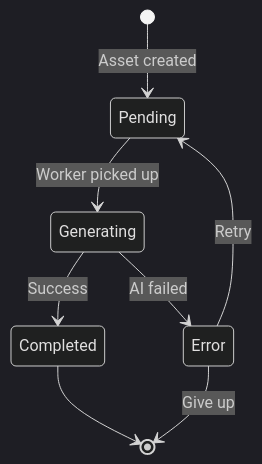
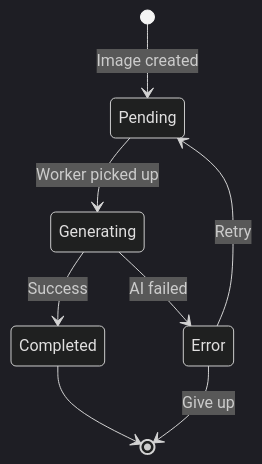
Before and after one commit to shlior7/epox-monorepo: the seventh of 13 diagrams in apps/scenergy-visualizer/design-log/004-user-flows-journey.md, drawn with Mermaid (dark theme). The commit also changed other lines of this file and 8 other files, not shown here.

````diff
--- a/apps/scenergy-visualizer/design-log/004-user-flows-journey.md
+++ b/apps/scenergy-visualizer/design-log/004-user-flows-journey.md
@@ -831,10 +936,10 @@
 ```mermaid
 stateDiagram-v2
-    [*] --> Pending: Asset created
+    [*] --> Pending: Image created
     Pending --> Generating: Worker picked up
     Generating --> Completed: Success
     Generating --> Error: AI failed
     Completed --> [*]
     Error --> Pending: Retry
     Error --> [*]: Give up
 ```
````
